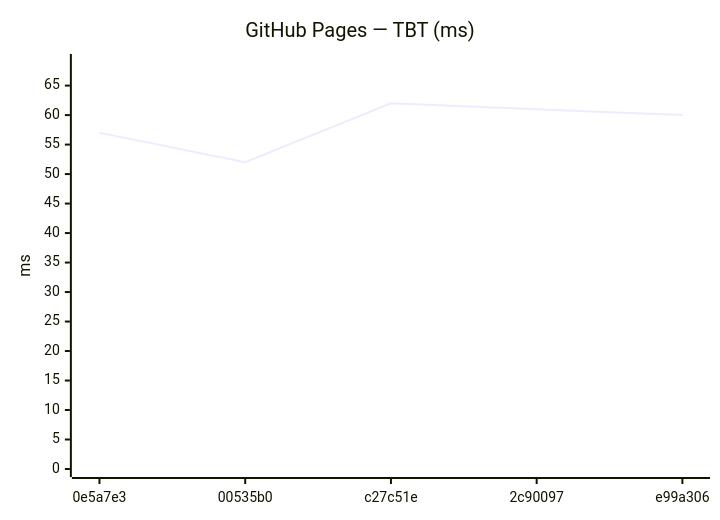
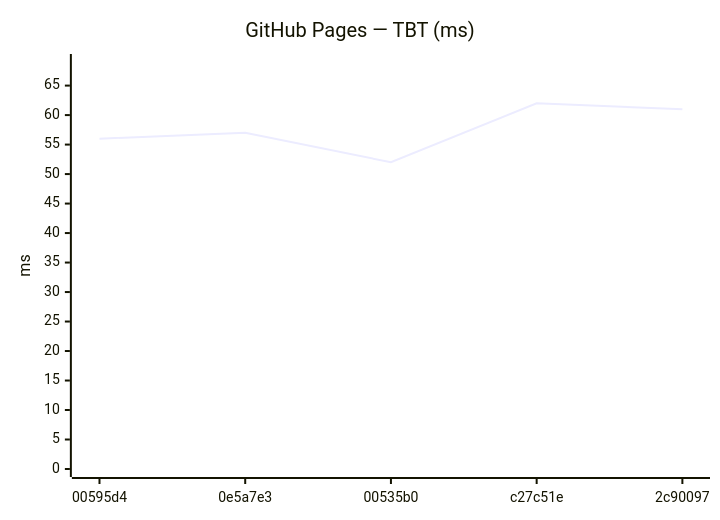
One commit to Metaheurist/Rianell changed diagram 12 of 24 in benchmarks/compare.md. Above: the diagram before and after it, drawn with Mermaid. The commit also changed other lines of this file and 12 other files, not shown here.

````diff
--- a/benchmarks/compare.md
+++ b/benchmarks/compare.md
@@ -160,7 +164,7 @@
 ```mermaid
 xychart-beta
     title "GitHub Pages — TBT (ms)"
-    x-axis ["0e5a7e3", "00535b0", "c27c51e", "2c90097", "e99a306"]
+    x-axis ["00595d4", "0e5a7e3", "00535b0", "c27c51e", "2c90097"]
     y-axis "ms" 0 --> 69
-    line [57, 52, 62, 61, 60]
+    line [56, 57, 52, 62, 61]
 ```
````
